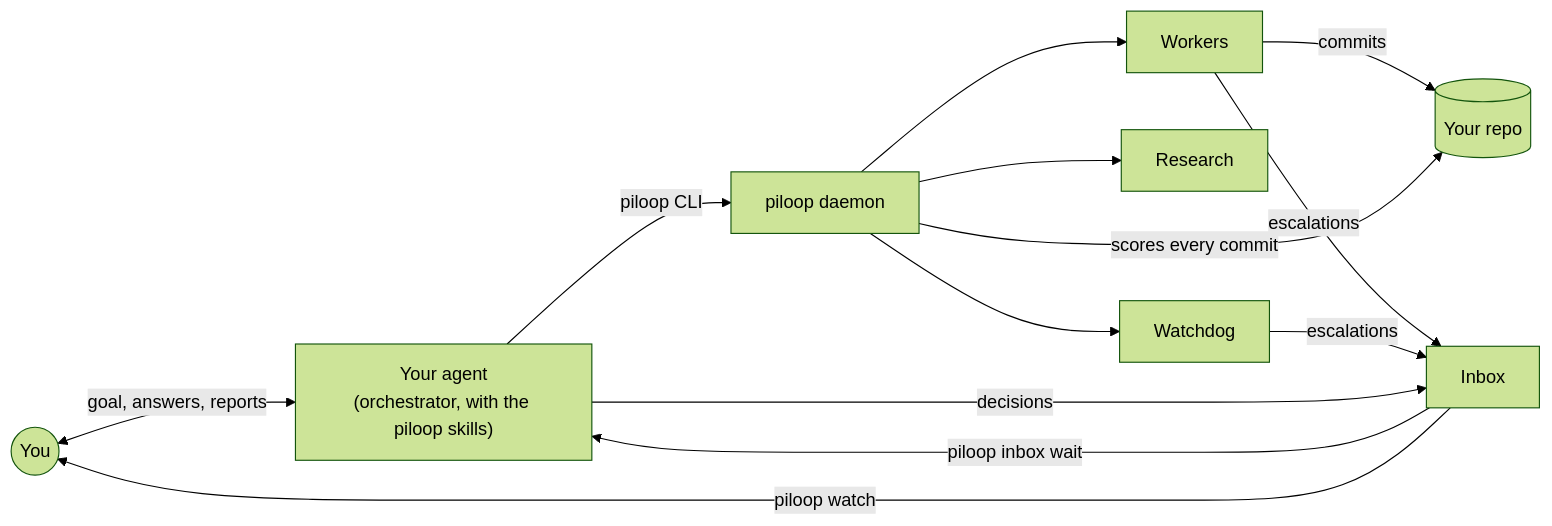
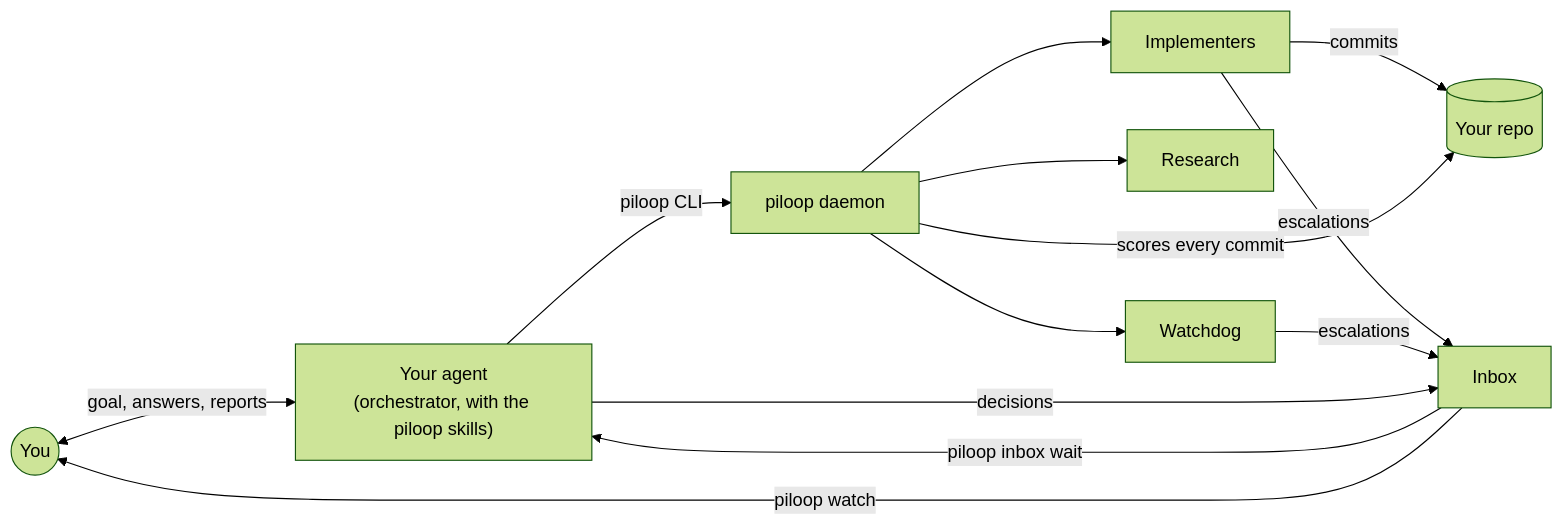
Before and after one commit to VatsaDev/piloop: the first of 2 diagrams in docs/index.mdx, drawn with Mermaid (forest theme). The commit also changed other lines of this file and 171 other files, not shown here.

````diff
--- a/docs/index.mdx
+++ b/docs/index.mdx
@@ -24,15 +24,15 @@
 ```mermaid
 flowchart LR
     H((You)) <-->|goal, answers, reports| A["Your agent<br/>(orchestrator, with the piloop skills)"]
     A -->|piloop CLI| D[piloop daemon]
-    D --> W[Workers]
+    D --> W[Implementers]
     D --> R[Research]
     D --> G[Watchdog]
     W -->|commits| Repo[(Your repo)]
     D -->|scores every commit| Repo
     W -->|escalations| I[Inbox]
     G -->|escalations| I
     A -->|decisions| I
     I -->|piloop inbox wait| A
     I -->|piloop watch| H
 ```
````
